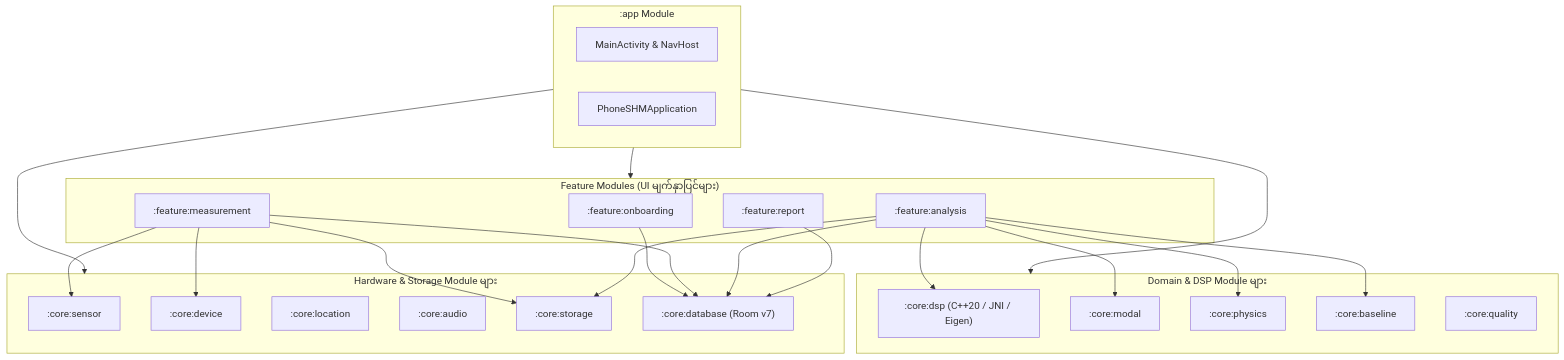
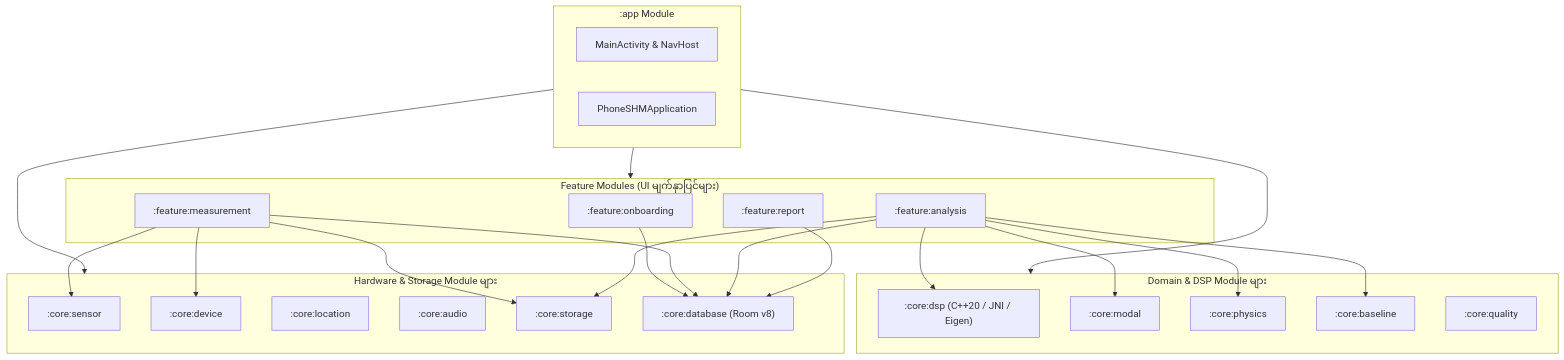
The first of 2 diagrams in docs/my/ARCHITECTURE_MY.md (intellibits28/PhoneSHM), drawn with Mermaid before and after one commit. The commit also changed other lines of this file and 38 other files, not shown here.

````diff
--- a/docs/my/ARCHITECTURE_MY.md
+++ b/docs/my/ARCHITECTURE_MY.md
@@ -19,50 +19,50 @@
 ```mermaid
 graph TD
     subgraph UI ["Feature Modules (UI မျက်နှာပြင်များ)"]
         Onboarding[":feature:onboarding"]
         Measurement[":feature:measurement"]
         Analysis[":feature:analysis"]
         Report[":feature:report"]
     end
 
     subgraph App [":app Module"]
         MainActivity["MainActivity & NavHost"]
         Application["PhoneSHMApplication"]
     end
 
     subgraph CoreDomain ["Domain & DSP Module များ"]
         DSP[":core:dsp (C++20 / JNI / Eigen)"]
         Modal[":core:modal"]
         Physics[":core:physics"]
         Baseline[":core:baseline"]
         Quality[":core:quality"]
     end
 
     subgraph CoreHardware ["Hardware & Storage Module များ"]
         Sensor[":core:sensor"]
         Device[":core:device"]
         Location[":core:location"]
         Audio[":core:audio"]
         Storage[":core:storage"]
-        Database[":core:database (Room v7)"]
+        Database[":core:database (Room v8)"]
     end
 
     App --> UI
     App --> CoreDomain
     App --> CoreHardware
 
     Onboarding --> Database
     Measurement --> Sensor
     Measurement --> Device
     Measurement --> Storage
     Measurement --> Database
 
     Analysis --> DSP
     Analysis --> Modal
     Analysis --> Physics
     Analysis --> Baseline
     Analysis --> Storage
     Analysis --> Database
 
     Report --> Database
 ```
````
